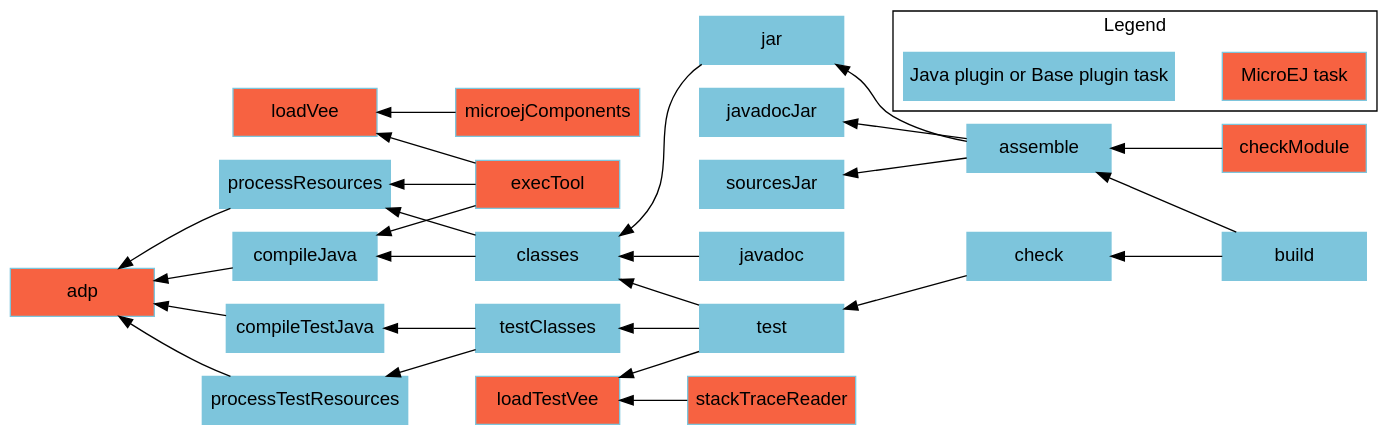
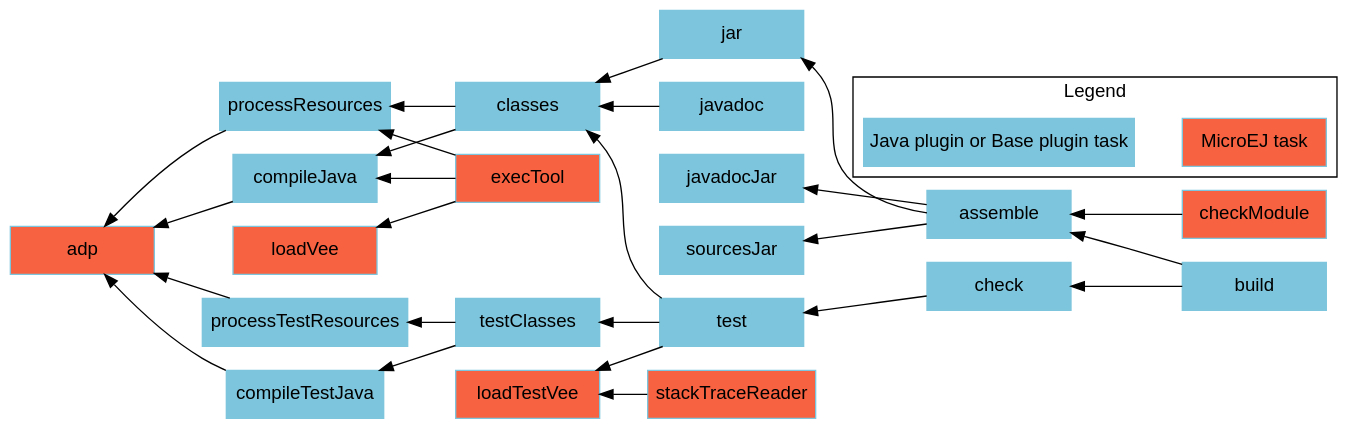
One commit to MicroEJ/docs changed the diagram in SDK6UserGuide/graphAddonLibraryModule.dot. Above: the diagram before and after it, drawn with Graphviz.

Commit message:
Removing microej task for now

```diff
--- a/SDK6UserGuide/graphAddonLibraryModule.dot
+++ b/SDK6UserGuide/graphAddonLibraryModule.dot
@@ -1,53 +1,51 @@
 digraph mygraph {
     rankdir="RL";
     bgcolor="transparent"
     fontname="Helvetica,Arial,sans-serif"
     node [
         shape = box
         width = 1.5
         color = "#7dc5dc"
         style = filled
         fontname="Helvetica,Arial,sans-serif"
     ]
     edge [fontname="Helvetica,Arial,sans-serif"]
     "adp" [fillcolor = "#f76241"]
     "checkModule" [fillcolor = "#f76241"]
     "loadVee" [fillcolor = "#f76241"]
     "execTool" [fillcolor = "#f76241"]
-    "microejComponents" [fillcolor = "#f76241"]
     "loadTestVee" [fillcolor = "#f76241"]
     "stackTraceReader" [fillcolor = "#f76241"]
     "build" -> "assemble"
     "build" -> "check"
     "assemble" -> "jar"
     "assemble" -> "javadocJar"
     "assemble" -> "sourcesJar"
     "jar" -> "classes"
     "javadoc" -> "classes"
     "classes" -> "compileJava"
     "classes" -> "processResources"
     "compileJava" -> "adp"
     "processResources" -> "adp"
     "check" -> "test"
     "test" -> "classes"
     "test" -> "testClasses"
     "test" -> "loadTestVee"
     "testClasses" -> "compileTestJava"
     "testClasses" -> "processTestResources"
     "processTestResources" -> "adp"
     "compileTestJava" -> "adp"
     "checkModule" -> "assemble"
     "execTool" -> "compileJava"
     "execTool" -> "processResources"
     "execTool" -> "loadVee"
     "stackTraceReader" -> "loadTestVee"
-    "microejComponents" -> "loadVee"
 
     subgraph cluster_legend {
         label="Legend";
         microej [fillcolor="#f76241" label="MicroEJ task"];
         java [fillcolor="#7dc5dc" label="Java plugin or Base plugin task"];
         microej -> java [style=invis];
         java -> microej [style=invis];
     }
 }
```
